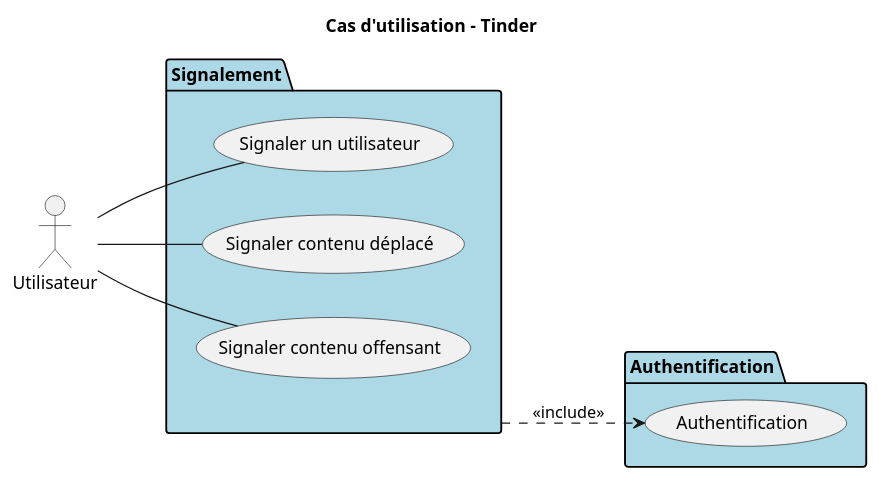
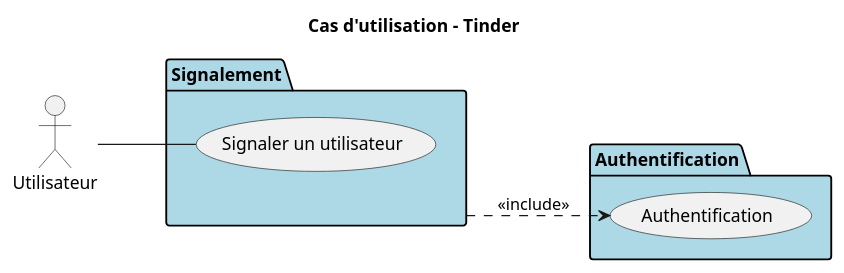
The diagram in src/Projet_Tinder_Cas_Utilisation_Signalement.puml (MinaroliCorentin/PSO), drawn with PlantUML before and after one commit. The commit also changed 1 other file, not shown here.

Commit message:
Suppresion de signaler contenu offensant  et signaler contenu déplacé car duplicat de signaler utilisateur

```diff
--- a/src/Projet_Tinder_Cas_Utilisation_Signalement.puml
+++ b/src/Projet_Tinder_Cas_Utilisation_Signalement.puml
@@ -1,28 +1,24 @@
 @startuml
 
 left to right direction
 title Cas d'utilisation - Tinder
 
 actor Utilisateur
 
 package "Authentification" #LightBlue {
 
     usecase "Authentification" as auth
 
 }
 
 package "Signalement" #LightBlue {
 
     usecase "Signaler un utilisateur" as signal_user
-    usecase "Signaler contenu déplacé" as signal_deplace
-    usecase "Signaler contenu offensant" as signal_offensant
 
     Utilisateur -- signal_user
-    Utilisateur -- signal_deplace
-    Utilisateur -- signal_offensant
 
 }
 
 "Signalement" ..> auth : <<include>>
 
 @enduml
```
